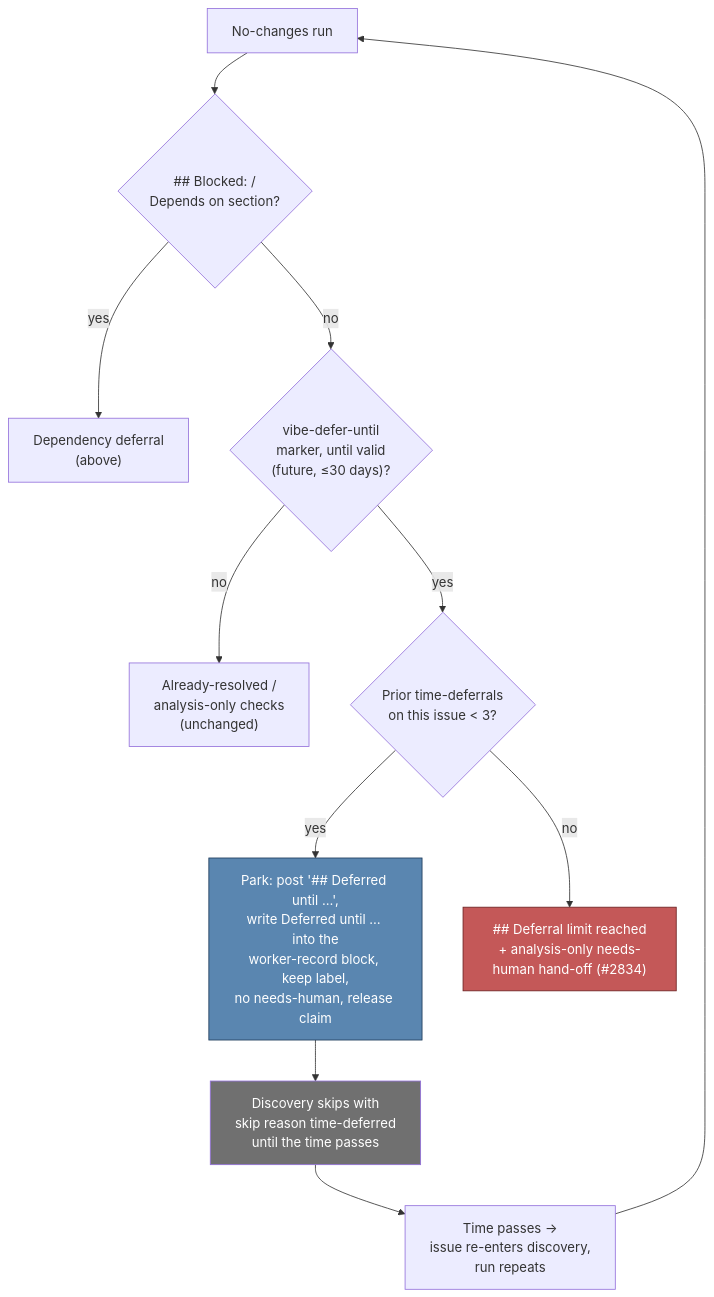
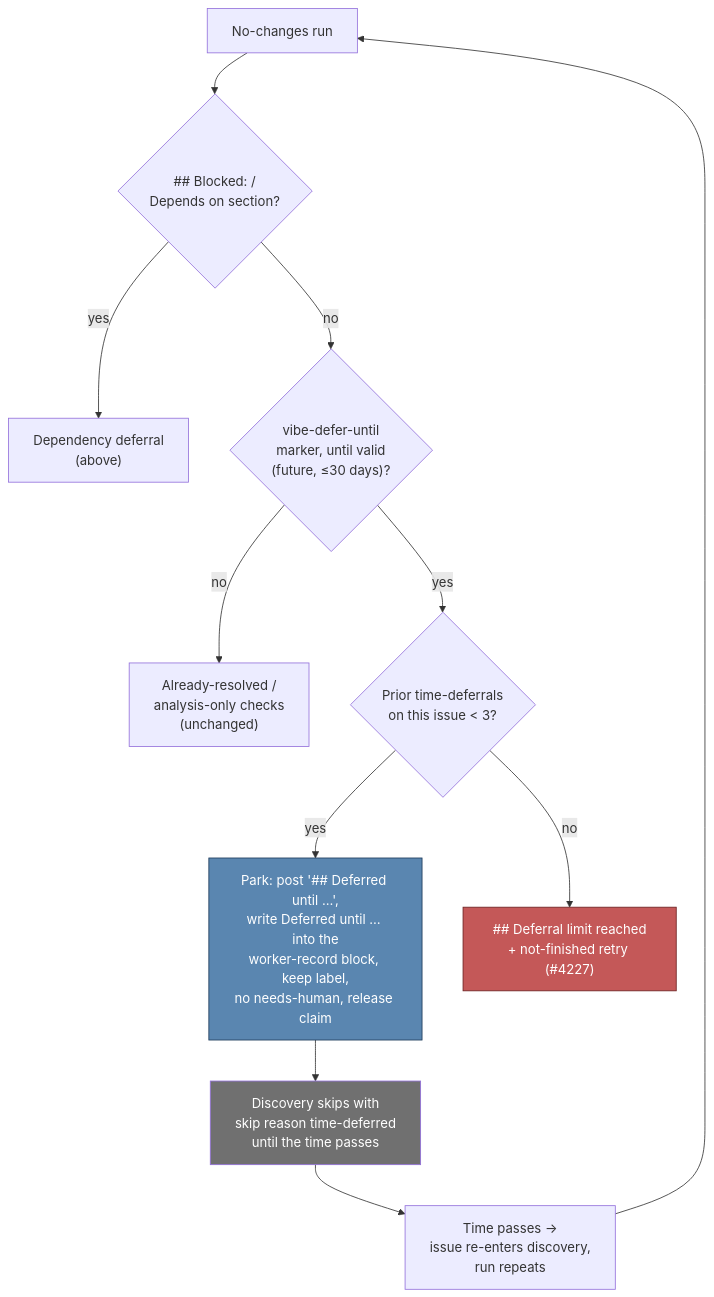
One commit to stSoftwareAU/VibeCoder changed diagram 12 of 25 in docs/workflows/issue-processing.md. Above: the diagram before and after it, drawn with Mermaid. The commit also changed other lines of this file and 11 other files, not shown here.

````diff
--- a/docs/workflows/issue-processing.md
+++ b/docs/workflows/issue-processing.md
@@ -952,16 +954,16 @@
 ```mermaid
 flowchart TD
   Run["No-changes run"] --> Blocked{"## Blocked: /<br/>Depends on section?"}
   Blocked -- yes --> Defer1["Dependency deferral<br/>(above)"]
   Blocked -- no --> Marker{"vibe-defer-until<br/>marker, until valid<br/>(future, ≤30 days)?"}
   Marker -- no --> Resolved["Already-resolved /<br/>analysis-only checks<br/>(unchanged)"]
   Marker -- yes --> Budget{"Prior time-deferrals<br/>on this issue < 3?"}
   Budget -- yes --> Park["Park: post '## Deferred until …',<br/>write Deferred until … into the<br/>worker-record block, keep label,<br/>no needs-human, release claim"]
-  Budget -- no --> Limit["## Deferral limit reached<br/>+ analysis-only needs-human hand-off (#2834)"]
+  Budget -- no --> Limit["## Deferral limit reached<br/>+ not-finished retry (#4227)"]
   Park --> Skip["Discovery skips with<br/>skip reason time-deferred<br/>until the time passes"]
   Skip --> Reissue["Time passes →<br/>issue re-enters discovery,<br/>run repeats"]
   Reissue --> Run
   style Park fill:#5a86b0,stroke:#1d3a5a,color:#fff
   style Skip fill:#707070,stroke:,color:#fff
   style Limit fill:#c45858,stroke:#6b2020,color:#fff
 ```
````
